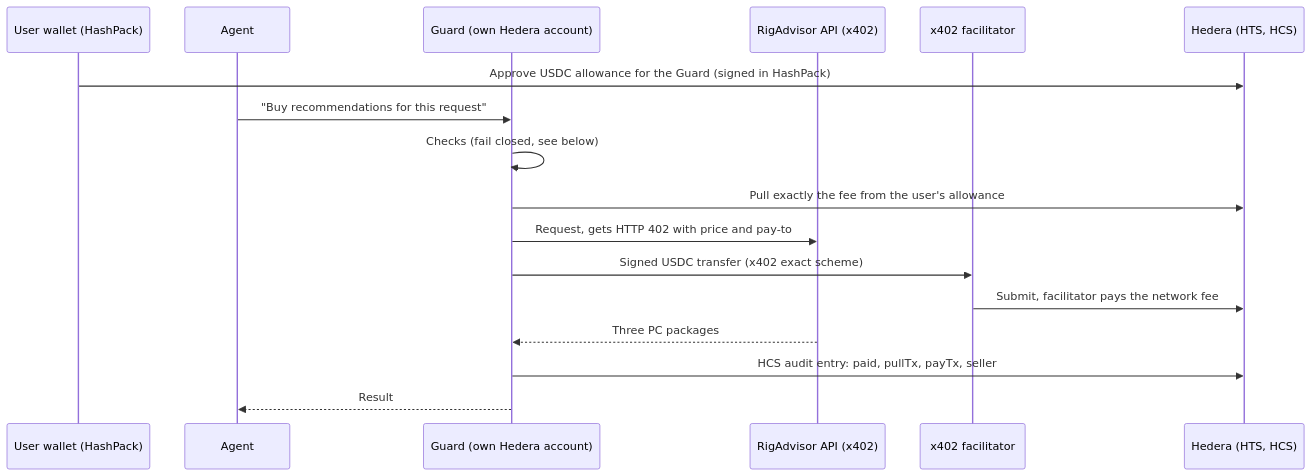
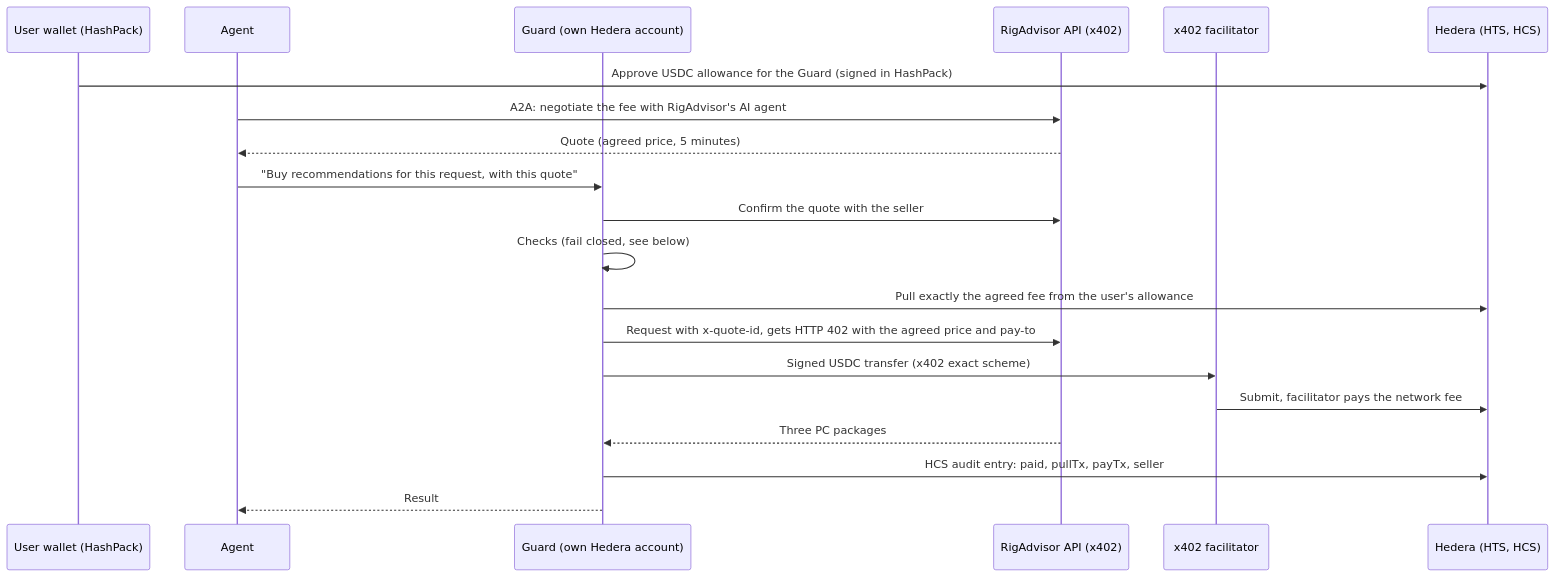
Before and after one commit to beastb728/EzPC: the diagram in README.md, drawn with Mermaid. The commit also changed other lines of this file and 5 other files, not shown here.

First line of the commit message:
Negotiate the x402 fee over A2A before paying; README for EzPC

````diff
--- a/README.md
+++ b/README.md
@@ -25,19 +30,22 @@
 ```mermaid
 sequenceDiagram
     participant U as User wallet (HashPack)
     participant A as Agent
     participant G as Guard (own Hedera account)
     participant S as RigAdvisor API (x402)
     participant F as x402 facilitator
     participant H as Hedera (HTS, HCS)
     U->>H: Approve USDC allowance for the Guard (signed in HashPack)
-    A->>G: "Buy recommendations for this request"
+    A->>S: A2A: negotiate the fee with RigAdvisor's AI agent
+    S-->>A: Quote (agreed price, 5 minutes)
+    A->>G: "Buy recommendations for this request, with this quote"
+    G->>S: Confirm the quote with the seller
     G->>G: Checks (fail closed, see below)
-    G->>H: Pull exactly the fee from the user's allowance
-    G->>S: Request, gets HTTP 402 with price and pay-to
+    G->>H: Pull exactly the agreed fee from the user's allowance
+    G->>S: Request with x-quote-id, gets HTTP 402 with the agreed price and pay-to
     G->>F: Signed USDC transfer (x402 exact scheme)
     F->>H: Submit, facilitator pays the network fee
     S-->>G: Three PC packages
     G->>H: HCS audit entry: paid, pullTx, payTx, seller
     G-->>A: Result
 ```
````
